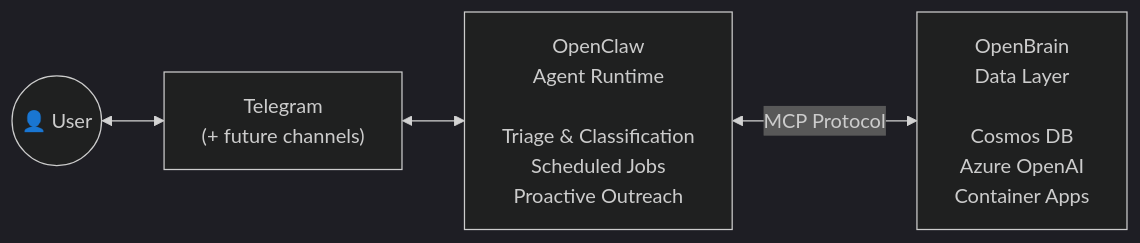
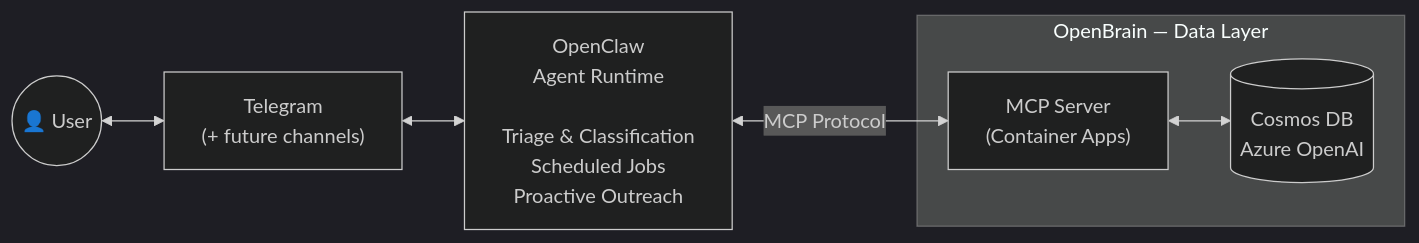
One commit to DanGiannone1/openbrain changed the second of 2 diagrams in README.md. Above: the diagram before and after it, drawn with Mermaid (dark theme). The commit also changed other lines of this file, not shown here.

Commit message:
Fix README title, opening sentence, and diagrams
Capitalize OpenBrain in title. Remove "MCP server on Azure" from
opening — describe what it does, not how. Split OpenBrain into
subgraph with MCP Server and Cosmos DB boxes in architecture
diagram. Fix dot characters in conceptual model diagram.

````diff
--- a/README.md
+++ b/README.md
@@ -61,6 +61,12 @@
 ```mermaid
 graph LR
     User(("👤 User")) <--> Channels["Telegram\n(+ future channels)"]
     Channels <--> OpenClaw["OpenClaw\nAgent Runtime\n\nTriage & Classification\nScheduled Jobs\nProactive Outreach"]
-    OpenClaw <-->|"MCP Protocol"| OpenBrain["OpenBrain\nData Layer\n\nCosmos DB\nAzure OpenAI\nContainer Apps"]
+    OpenClaw <-->|"MCP Protocol"| MCP
+
+    subgraph OpenBrain["OpenBrain — Data Layer"]
+        MCP["MCP Server\n(Container Apps)"]
+        DB[("Cosmos DB\nAzure OpenAI")]
+        MCP <--> DB
+    end
 ```
````
